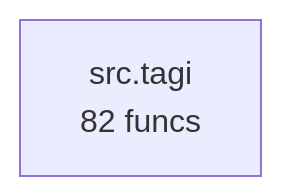
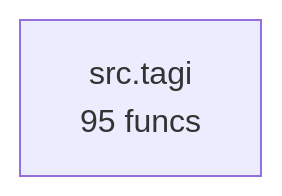
One commit to semcod/tagi changed the diagram in project/compact_flow.mmd. Above: the diagram before and after it, drawn with Mermaid. The commit also changed 50 other files, not shown here.

```diff
--- a/project/compact_flow.mmd
+++ b/project/compact_flow.mmd
@@ -1,3 +1,3 @@
 flowchart TD
 %% generated in 0.00s
-    src__tagi["src.tagi<br/>82 funcs"]
+    src__tagi["src.tagi<br/>95 funcs"]
```
